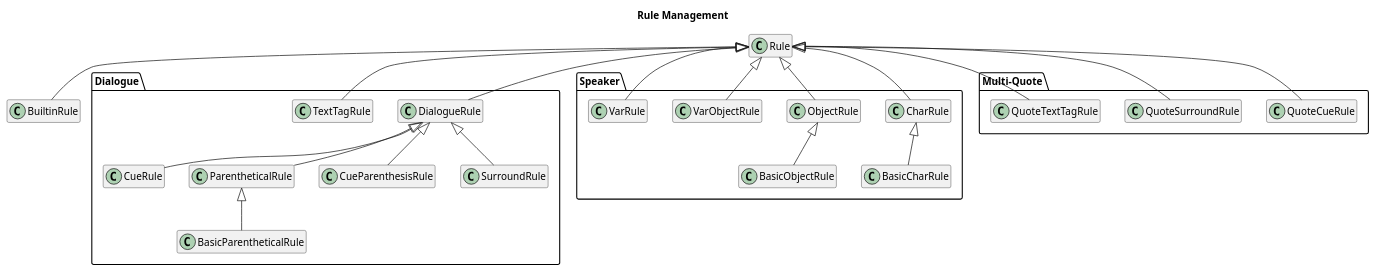
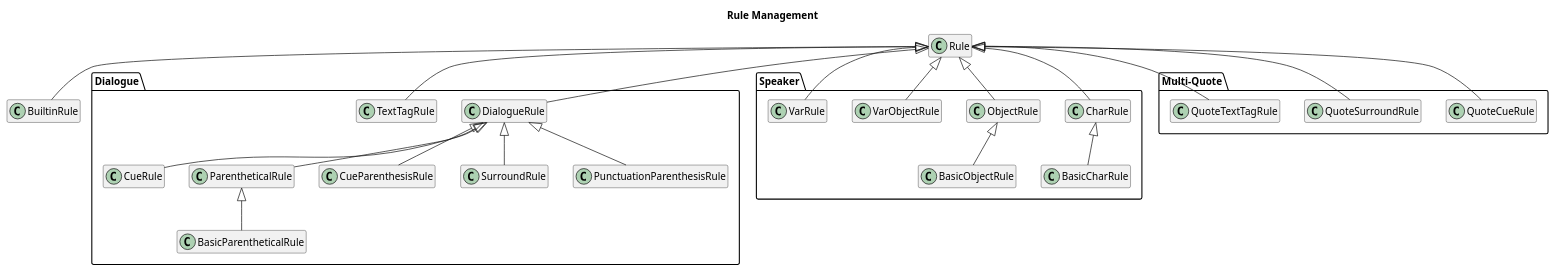
Before and after one commit to Edexaal/nonarrate: the diagram in assets/diagrams/rule-management/classes.puml, drawn with PlantUML. The commit also changed 6 other files, not shown here.

```diff
--- a/assets/diagrams/rule-management/classes.puml
+++ b/assets/diagrams/rule-management/classes.puml
@@ -1,44 +1,46 @@
 @startuml
 hide empty members
 title "Rule Management"
 package "Dialogue" {
   class DialogueRule
   class CueRule
   class TextTagRule
   class ParentheticalRule
   class CueParenthesisRule
   class BasicParentheticalRule
   class SurroundRule
+  class PunctuationParenthesisRule
 }
 package "Speaker" {
   class CharRule
   class ObjectRule
   class VarObjectRule
   class BasicObjectRule
   class BasicCharRule
   class VarRule
 }
 package "Multi-Quote" {
   class QuoteCueRule
   class QuoteSurroundRule
   class QuoteTextTagRule
 }
 'Rules Relations
 Rule <|-- CharRule
 Rule <|-- ObjectRule
 Rule <|-- VarObjectRule
 Rule <|-- VarRule
 Rule <|-- TextTagRule
 Rule <|-- QuoteCueRule
 Rule <|-- QuoteTextTagRule
 Rule <|-- QuoteSurroundRule
 Rule <|-- BuiltinRule
 Rule <|-- DialogueRule
 DialogueRule <|-- CueRule
 DialogueRule <|-- ParentheticalRule
 DialogueRule <|-- CueParenthesisRule
 DialogueRule <|-- SurroundRule
+DialogueRule <|-- PunctuationParenthesisRule
 CharRule <|-- BasicCharRule
 ObjectRule <|-- BasicObjectRule
 ParentheticalRule <|-- BasicParentheticalRule
 @enduml
```
